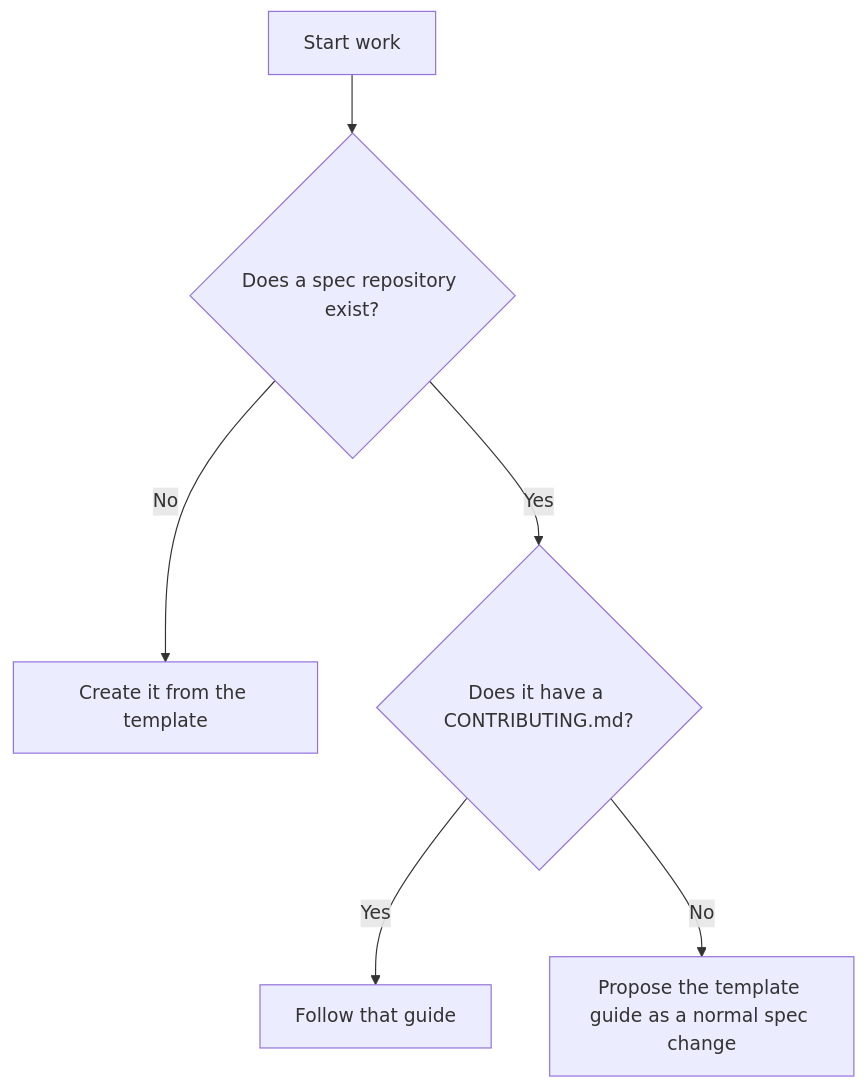
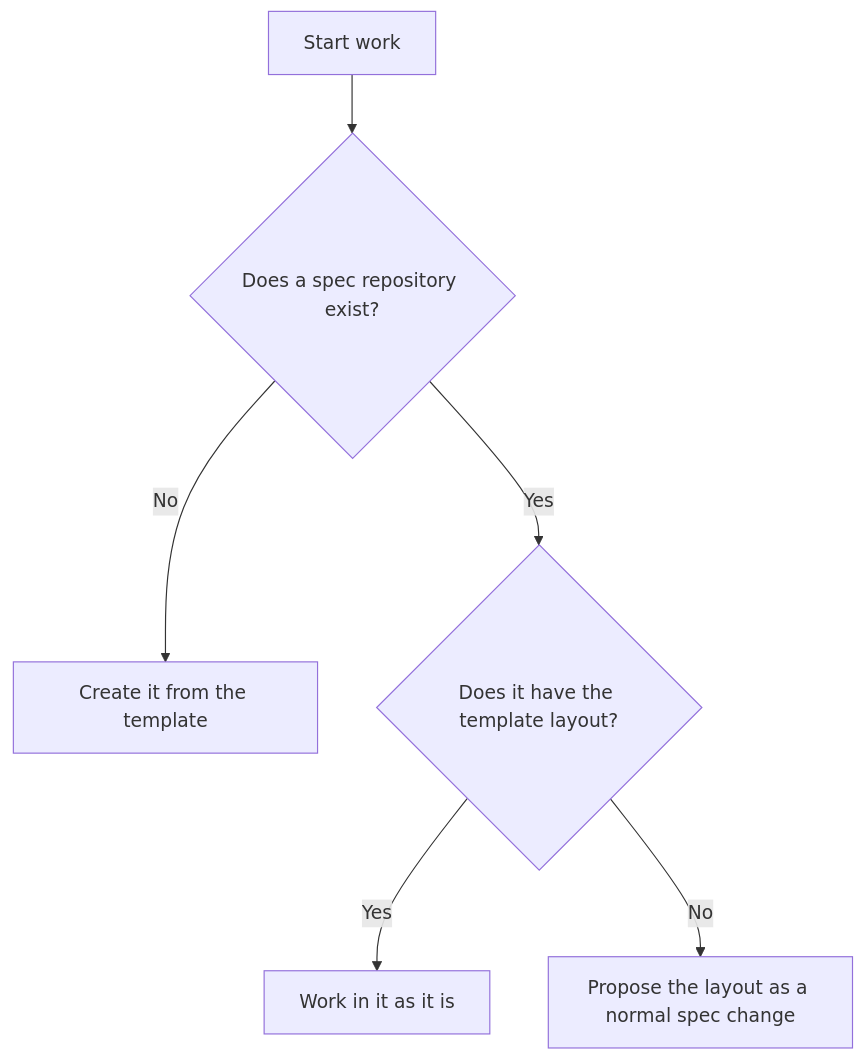
Before and after one commit to fsw0422/.ksp: the diagram in skills/spec-workflow/references/project-setup.md, drawn with Mermaid. The commit also changed other lines of this file and 11 other files, not shown here.

First line of the commit message:
Spec Workflow: add writing guide, bug review and test merges

````diff
--- a/skills/spec-workflow/references/project-setup.md
+++ b/skills/spec-workflow/references/project-setup.md
@@ -5,8 +5,8 @@
 ```mermaid
 flowchart TD
     Start[Start work] --> Repo{Does a spec repository exist?}
     Repo -->|No| Create[Create it from the template]
-    Repo -->|Yes| Guide{Does it have a CONTRIBUTING.md?}
-    Guide -->|Yes| Follow[Follow that guide]
-    Guide -->|No| Propose[Propose the template guide as a normal spec change]
+    Repo -->|Yes| Layout{Does it have the template layout?}
+    Layout -->|Yes| Work[Work in it as it is]
+    Layout -->|No| Propose[Propose the layout as a normal spec change]
 ```
````
